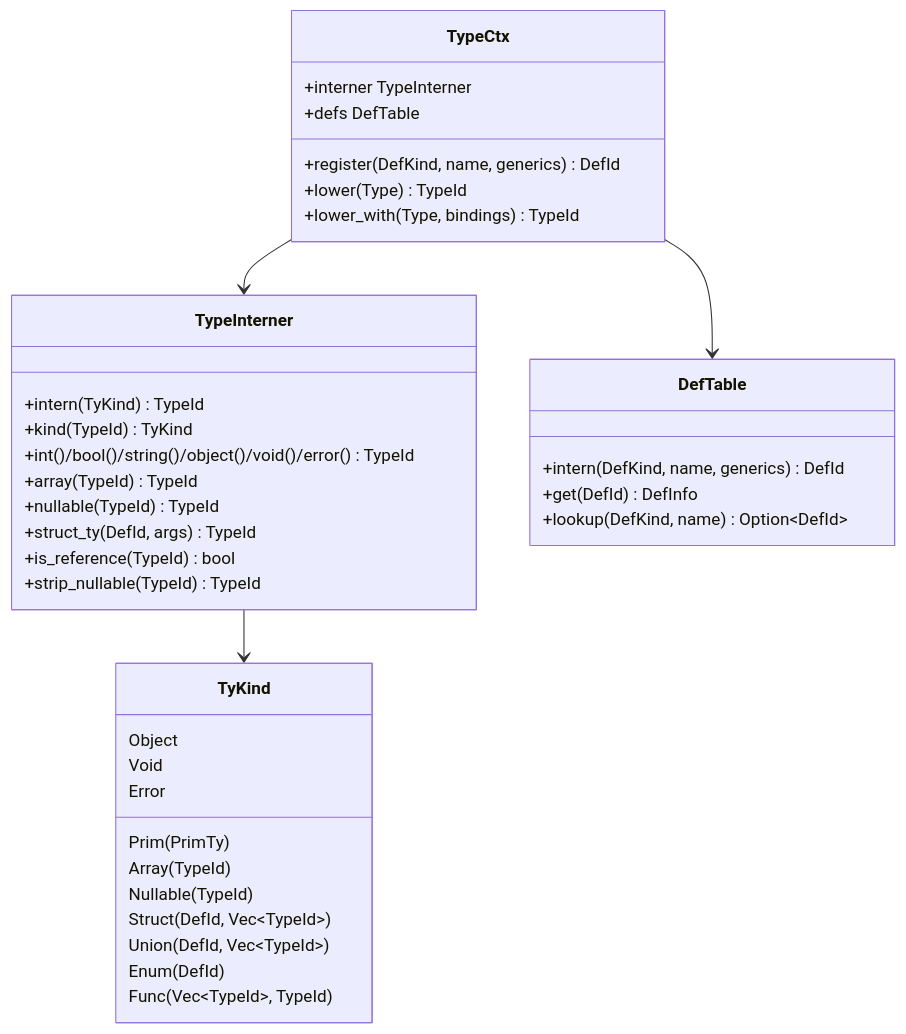
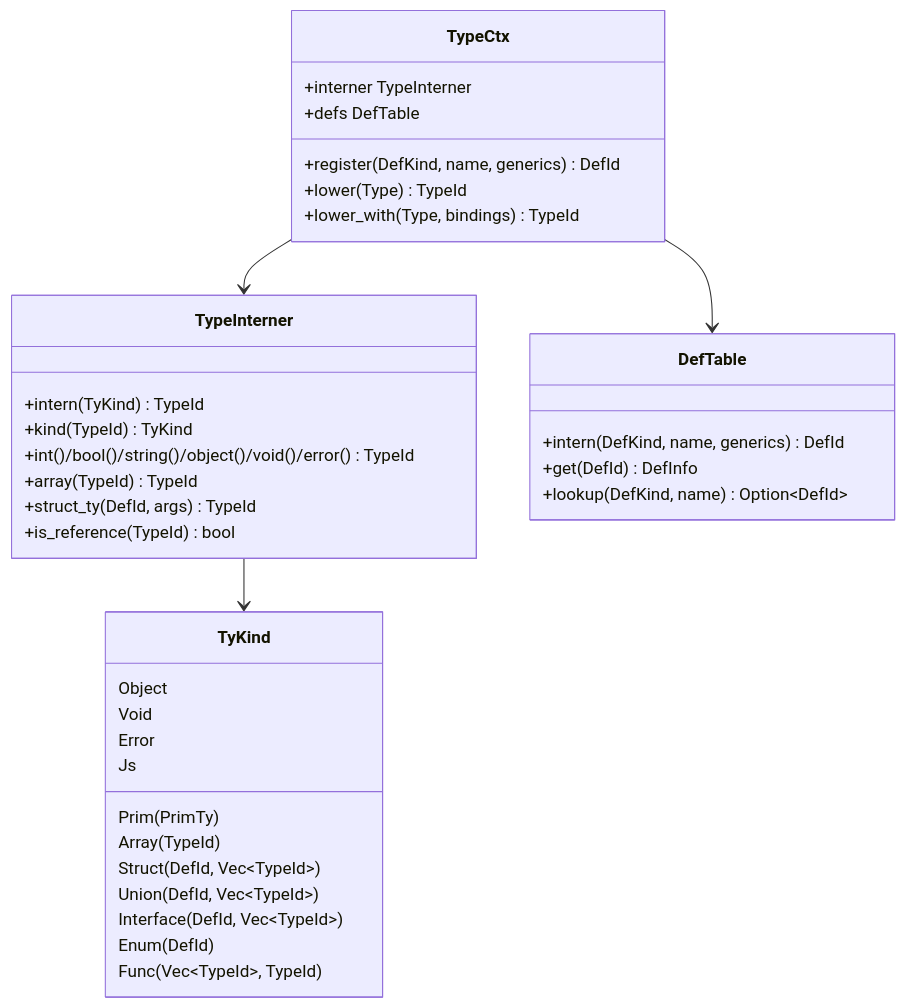
The diagram in docs/compiler/02-type-system.md (sps014/Dream), drawn with Mermaid before and after one commit. The commit also changed other lines of this file and 36 other files, not shown here.

````diff
--- a/docs/compiler/02-type-system.md
+++ b/docs/compiler/02-type-system.md
@@ -21,40 +20,39 @@
 ```mermaid
 classDiagram
     class TypeInterner {
         +intern(TyKind) TypeId
         +kind(TypeId) TyKind
         +int()/bool()/string()/object()/void()/error() TypeId
         +array(TypeId) TypeId
-        +nullable(TypeId) TypeId
         +struct_ty(DefId, args) TypeId
         +is_reference(TypeId) bool
-        +strip_nullable(TypeId) TypeId
     }
     class TyKind {
         Prim(PrimTy)
         Object
         Void
         Error
         Array(TypeId)
-        Nullable(TypeId)
         Struct(DefId, Vec~TypeId~)
         Union(DefId, Vec~TypeId~)
+        Interface(DefId, Vec~TypeId~)
         Enum(DefId)
         Func(Vec~TypeId~, TypeId)
+        Js
     }
     class DefTable {
         +intern(DefKind, name, generics) DefId
         +get(DefId) DefInfo
         +lookup(DefKind, name) Option~DefId~
     }
     class TypeCtx {
         +interner TypeInterner
         +defs DefTable
         +register(DefKind, name, generics) DefId
         +lower(Type) TypeId
         +lower_with(Type, bindings) TypeId
     }
     TypeCtx --> TypeInterner
     TypeCtx --> DefTable
     TypeInterner --> TyKind
 ```
````
